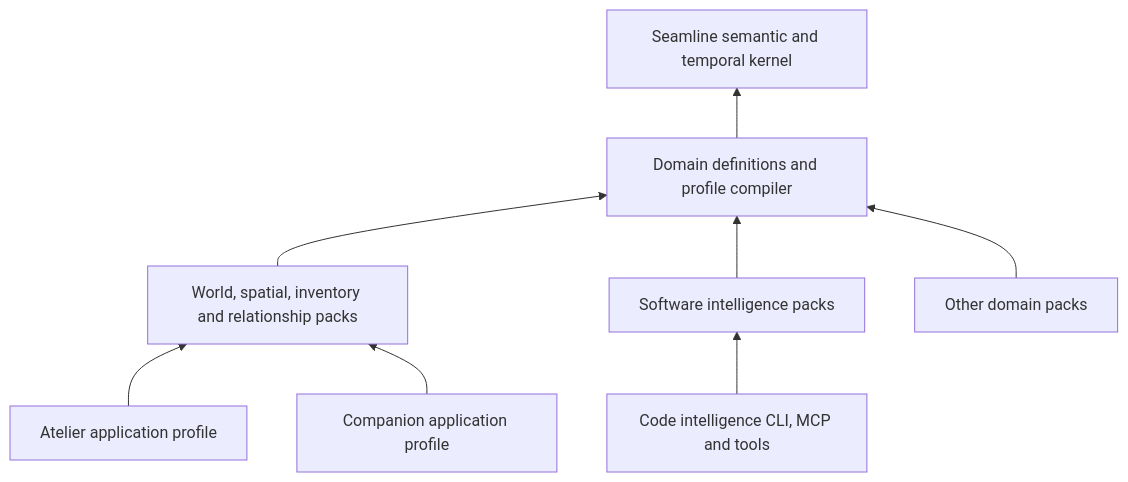
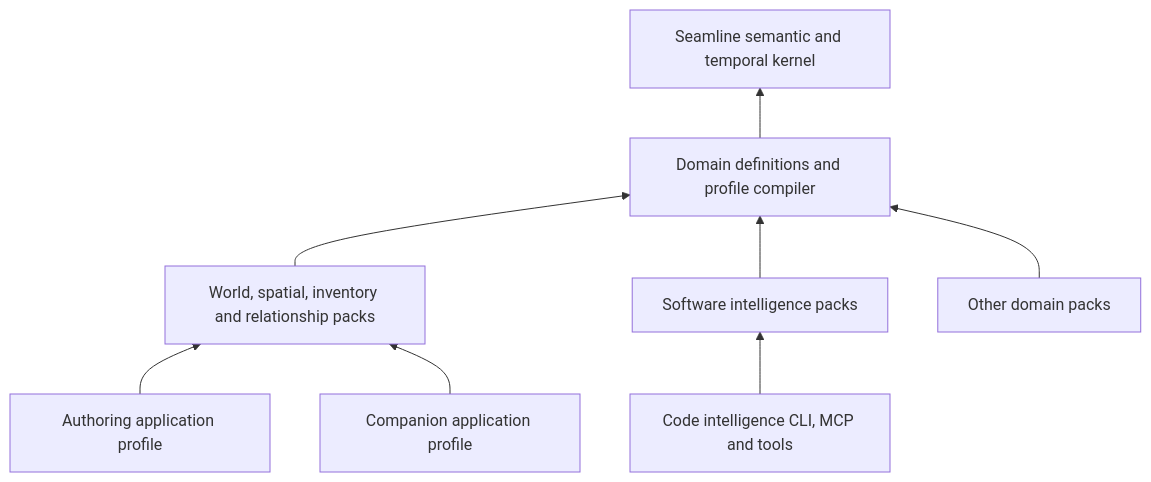
The diagram in docs/design/atelier-composition/semantic-engine.md (zylver-solutions/seamline), drawn with Mermaid before and after one commit. The commit also changed other lines of this file and 124 other files, not shown here.

````diff
--- a/docs/design/atelier-composition/semantic-engine.md
+++ b/docs/design/atelier-composition/semantic-engine.md
@@ -21,18 +23,18 @@
 ```mermaid
 flowchart BT
   K[Seamline semantic and temporal kernel]
   D[Domain definitions and profile compiler]
   W[World, spatial, inventory and relationship packs]
   S[Software intelligence packs]
   X[Other domain packs]
-  A[Atelier application profile]
+  A[Authoring application profile]
   B[Companion application profile]
   C[Code intelligence CLI, MCP and tools]
   D --> K
   W --> D
   S --> D
   X --> D
   A --> W
   B --> W
   C --> S
 ```
````
